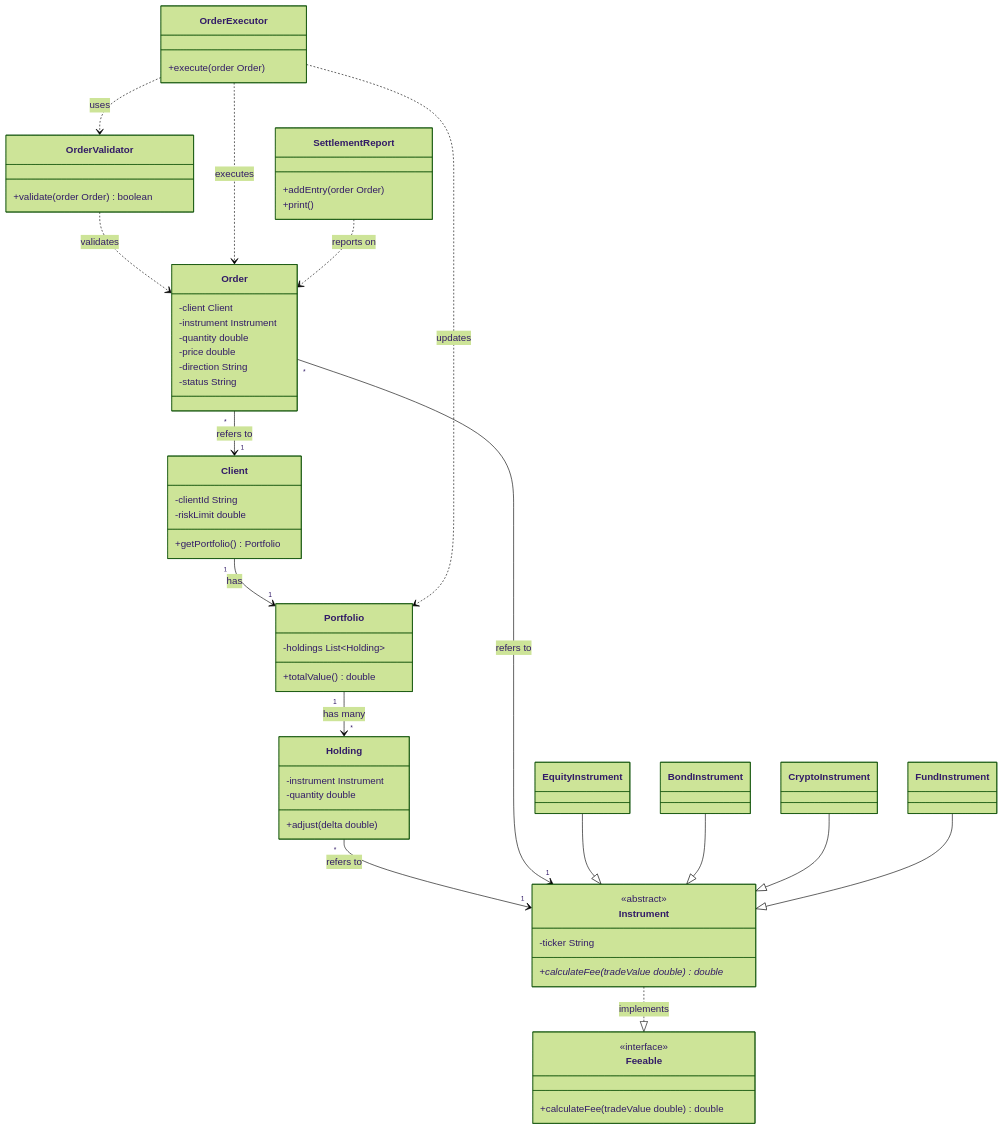
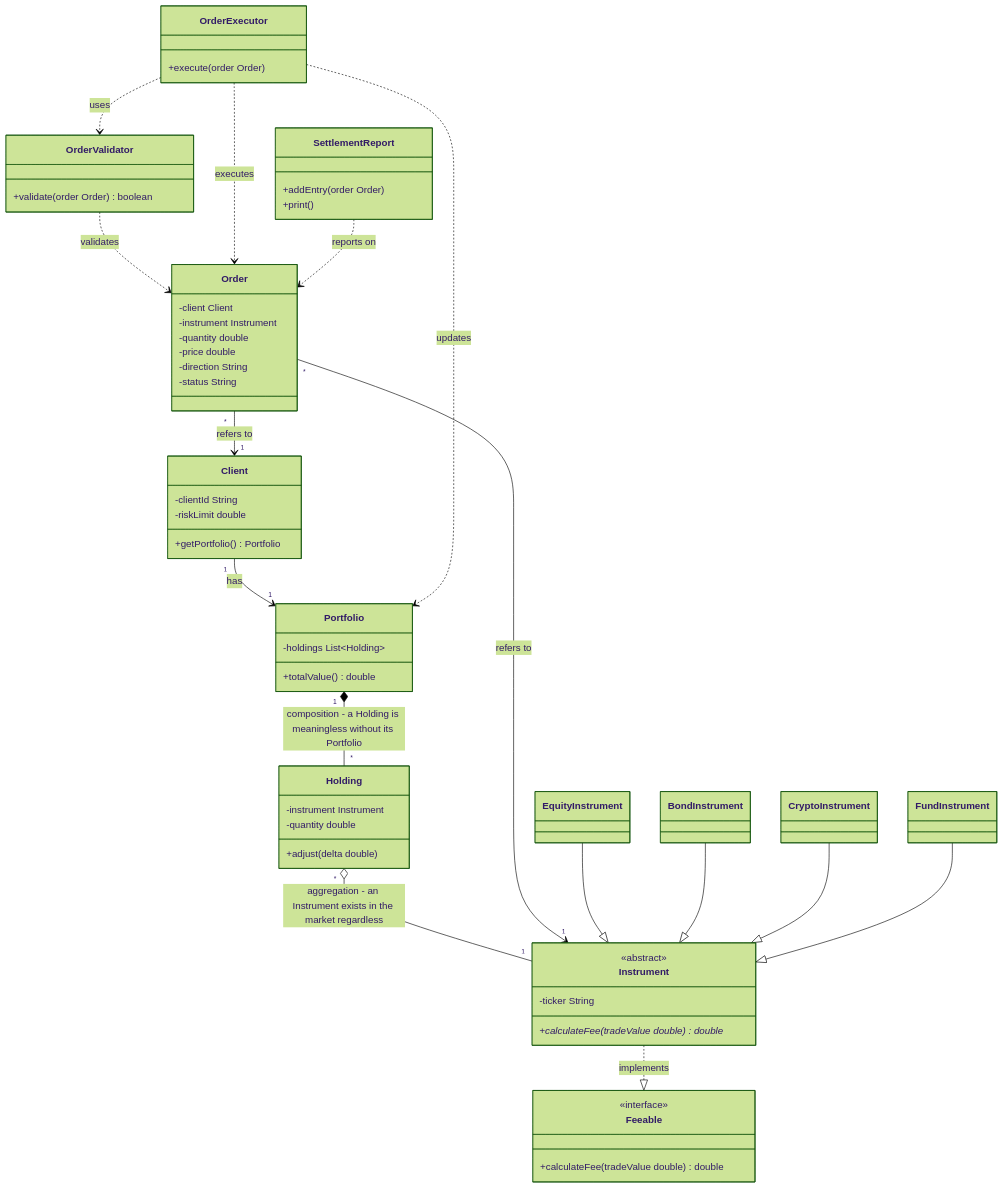
One commit to nicktodd/leap-sprint5 changed the diagram in solutions/04-uml-class-diagrams/mission-model.mmd. Above: the diagram before and after it, drawn with Mermaid (forest theme). The commit also changed 7 other files, not shown here.

Commit message:
Rework Module 4: show relationship diagrams instead of describing them, add aggregation/composition, fix diagram proportions

```diff
--- a/solutions/04-uml-class-diagrams/mission-model.mmd
+++ b/solutions/04-uml-class-diagrams/mission-model.mmd
@@ -1,71 +1,71 @@
 classDiagram
     class Client {
         -clientId String
         -riskLimit double
         +getPortfolio() Portfolio
     }
 
     class Portfolio {
         -holdings List~Holding~
         +totalValue() double
     }
 
     class Holding {
         -instrument Instrument
         -quantity double
         +adjust(delta double)
     }
 
     class Instrument {
         <<abstract>>
         -ticker String
         +calculateFee(tradeValue double)* double
     }
 
     class EquityInstrument
     class BondInstrument
     class CryptoInstrument
     class FundInstrument
 
     class Feeable {
         <<interface>>
         +calculateFee(tradeValue double) double
     }
 
     class Order {
         -client Client
         -instrument Instrument
         -quantity double
         -price double
         -direction String
         -status String
     }
 
     class OrderValidator {
         +validate(order Order) boolean
     }
 
     class OrderExecutor {
         +execute(order Order)
     }
 
     class SettlementReport {
         +addEntry(order Order)
         +print()
     }
 
     Client "1" --> "1" Portfolio : has
-    Portfolio "1" --> "*" Holding : has many
-    Holding "*" --> "1" Instrument : refers to
+    Portfolio "1" *-- "*" Holding : composition - a Holding is meaningless without its Portfolio
+    Holding "*" o-- "1" Instrument : aggregation - an Instrument exists in the market regardless
     Order "*" --> "1" Client : refers to
     Order "*" --> "1" Instrument : refers to
     Instrument ..|> Feeable : implements
     EquityInstrument --|> Instrument
     BondInstrument --|> Instrument
     CryptoInstrument --|> Instrument
     FundInstrument --|> Instrument
     OrderValidator ..> Order : validates
     OrderExecutor ..> OrderValidator : uses
     OrderExecutor ..> Order : executes
     OrderExecutor ..> Portfolio : updates
     SettlementReport ..> Order : reports on
```
